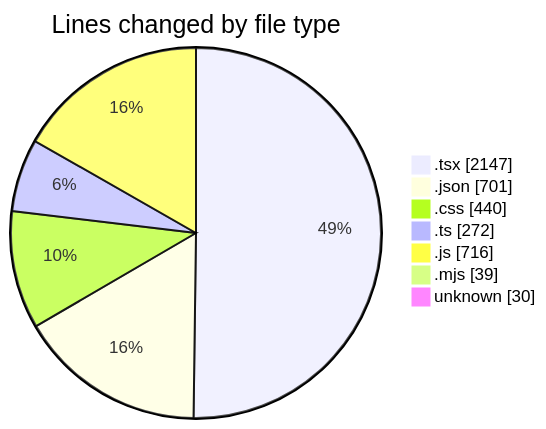
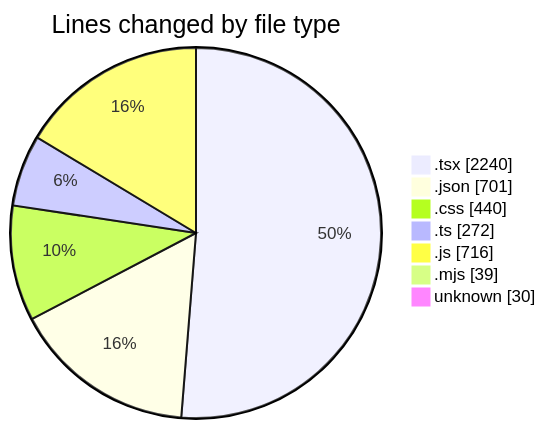
The first of 2 diagrams in 2025-05-04/niten/README.md (Elitesun/code-tracking), drawn with Mermaid before and after one commit. The commit also changed other lines of this file and 1 other file, not shown here.

````diff
--- a/2025-05-04/niten/README.md
+++ b/2025-05-04/niten/README.md
@@ -63,11 +64,11 @@
 ```mermaid
 pie showData
 title Lines changed by file type
-".tsx" : 2147
+".tsx" : 2240
 ".json" : 701
 ".css" : 440
 ".ts" : 272
 ".js" : 716
 ".mjs" : 39
 "unknown" : 30
 ```
````
